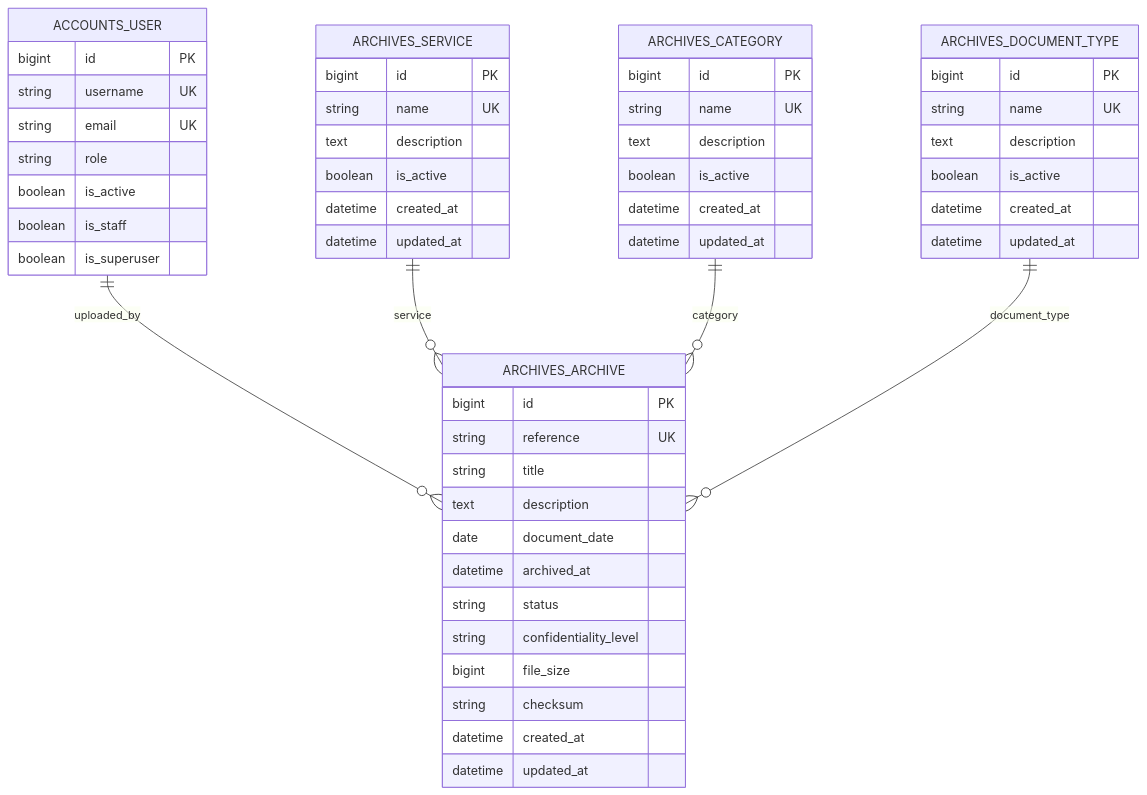
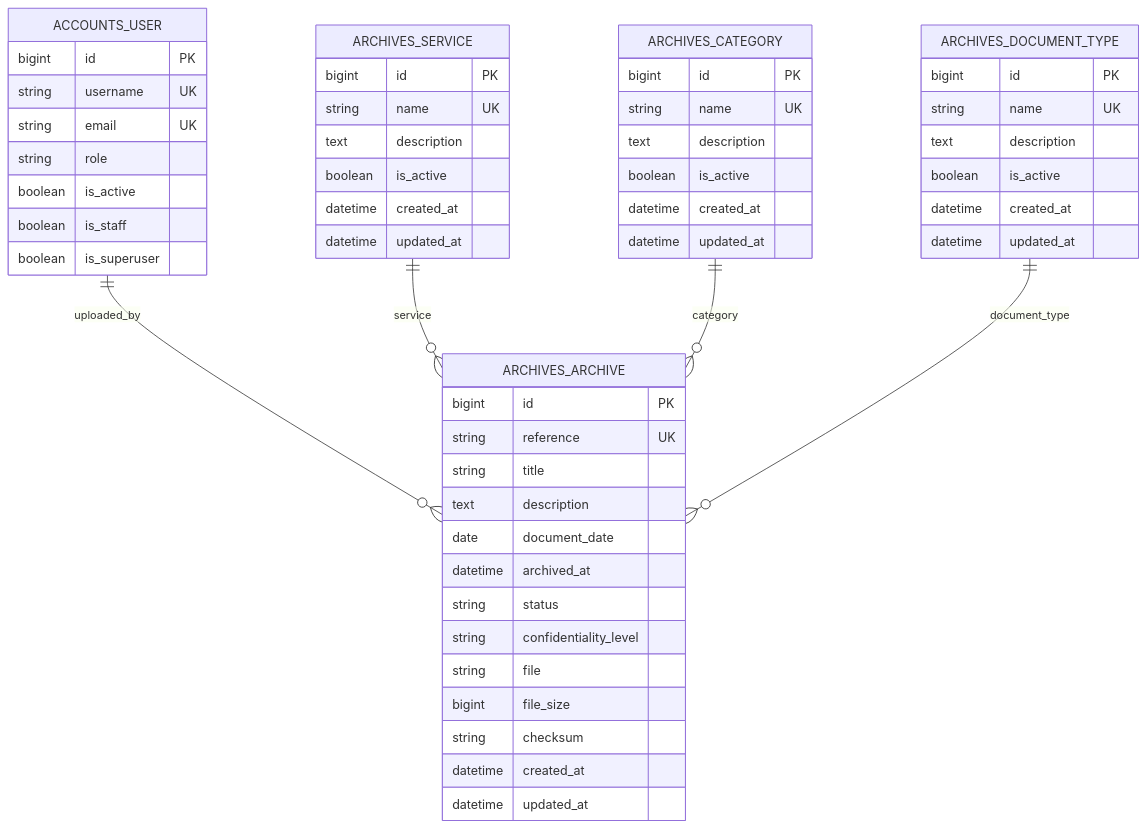
One commit to eulogep/c-tech-archives changed the diagram in docs/database.md. Above: the diagram before and after it, drawn with Mermaid. The commit also changed other lines of this file and 20 other files, not shown here.

````diff
--- a/docs/database.md
+++ b/docs/database.md
@@ -23,55 +23,56 @@
 ```mermaid
 erDiagram
     ACCOUNTS_USER ||--o{ ARCHIVES_ARCHIVE : "uploaded_by"
     ARCHIVES_SERVICE ||--o{ ARCHIVES_ARCHIVE : "service"
     ARCHIVES_CATEGORY ||--o{ ARCHIVES_ARCHIVE : "category"
     ARCHIVES_DOCUMENT_TYPE ||--o{ ARCHIVES_ARCHIVE : "document_type"
 
     ACCOUNTS_USER {
         bigint id PK
         string username UK
         string email UK
         string role
         boolean is_active
         boolean is_staff
         boolean is_superuser
     }
     ARCHIVES_SERVICE {
         bigint id PK
         string name UK
         text description
         boolean is_active
         datetime created_at
         datetime updated_at
     }
     ARCHIVES_CATEGORY {
         bigint id PK
         string name UK
         text description
         boolean is_active
         datetime created_at
         datetime updated_at
     }
     ARCHIVES_DOCUMENT_TYPE {
         bigint id PK
         string name UK
         text description
         boolean is_active
         datetime created_at
         datetime updated_at
     }
     ARCHIVES_ARCHIVE {
         bigint id PK
         string reference UK
         string title
         text description
         date document_date
         datetime archived_at
         string status
         string confidentiality_level
+        string file
         bigint file_size
         string checksum
         datetime created_at
         datetime updated_at
     }
 ```
````
